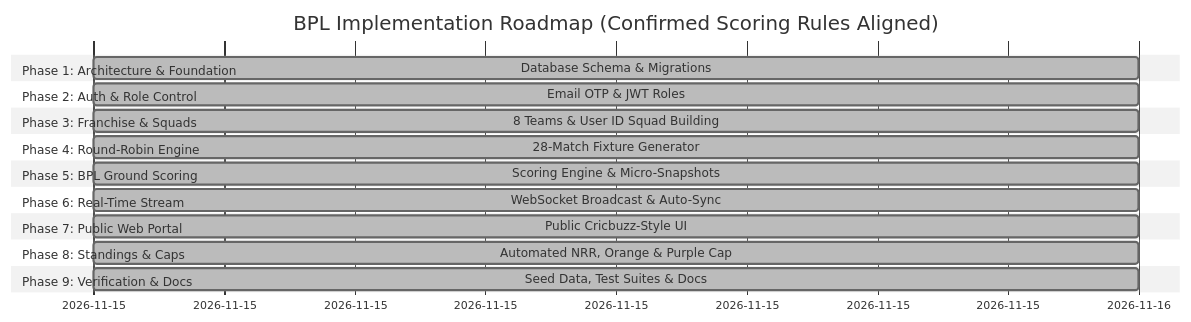
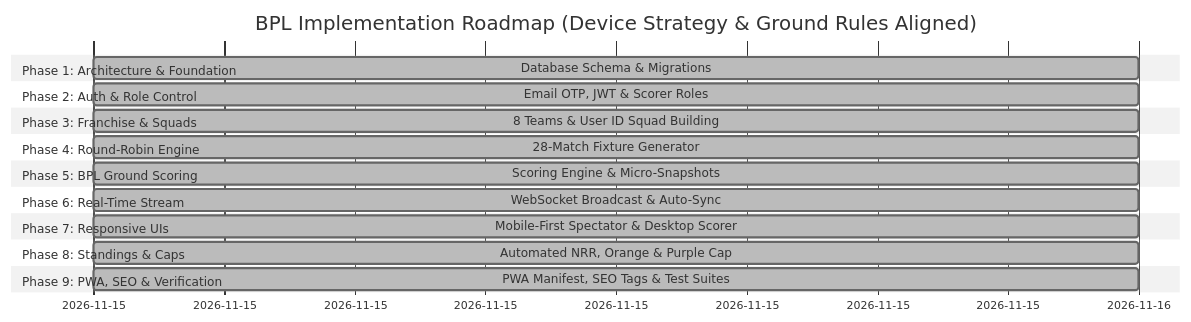
Before and after one commit to Yajat-Sharma/BPL: the diagram in docs/IMPLEMENTATION_ROADMAP.md, drawn with Mermaid (neutral theme). The commit also changed other lines of this file and 4 other files, not shown here.

Commit message:
docs: finalize device strategy update (mobile-first spectator PWA, desktop/tablet scorer console with keyboard shortcuts, admin portal, and SEO)

````diff
--- a/docs/IMPLEMENTATION_ROADMAP.md
+++ b/docs/IMPLEMENTATION_ROADMAP.md
@@ -7,23 +7,23 @@
 ```mermaid
 gantt
-    title BPL Implementation Roadmap (Confirmed Scoring Rules Aligned)
+    title BPL Implementation Roadmap (Device Strategy & Ground Rules Aligned)
     dateFormat  YYYY-MM-DD
     section Phase 1: Architecture & Foundation
     Database Schema & Migrations       :done, p1, 2026-11-15, 1d
     section Phase 2: Auth & Role Control
-    Email OTP & JWT Roles             :done, p2, 2026-11-15, 1d
+    Email OTP, JWT & Scorer Roles     :done, p2, 2026-11-15, 1d
     section Phase 3: Franchise & Squads
     8 Teams & User ID Squad Building   :done, p3, 2026-11-15, 1d
     section Phase 4: Round-Robin Engine
     28-Match Fixture Generator         :done, p4, 2026-11-15, 1d
     section Phase 5: BPL Ground Scoring
     Scoring Engine & Micro-Snapshots   :done, p5, 2026-11-15, 1d
     section Phase 6: Real-Time Stream
     WebSocket Broadcast & Auto-Sync    :done, p6, 2026-11-15, 1d
-    section Phase 7: Public Web Portal
-    Public Cricbuzz-Style UI           :done, p7, 2026-11-15, 1d
+    section Phase 7: Responsive UIs
+    Mobile-First Spectator & Desktop Scorer :done, p7, 2026-11-15, 1d
     section Phase 8: Standings & Caps
     Automated NRR, Orange & Purple Cap :done, p8, 2026-11-15, 1d
-    section Phase 9: Verification & Docs
-    Seed Data, Test Suites & Docs      :done, p9, 2026-11-15, 1d
+    section Phase 9: PWA, SEO & Verification
+    PWA Manifest, SEO Tags & Test Suites:done, p9, 2026-11-15, 1d
 ```
````
